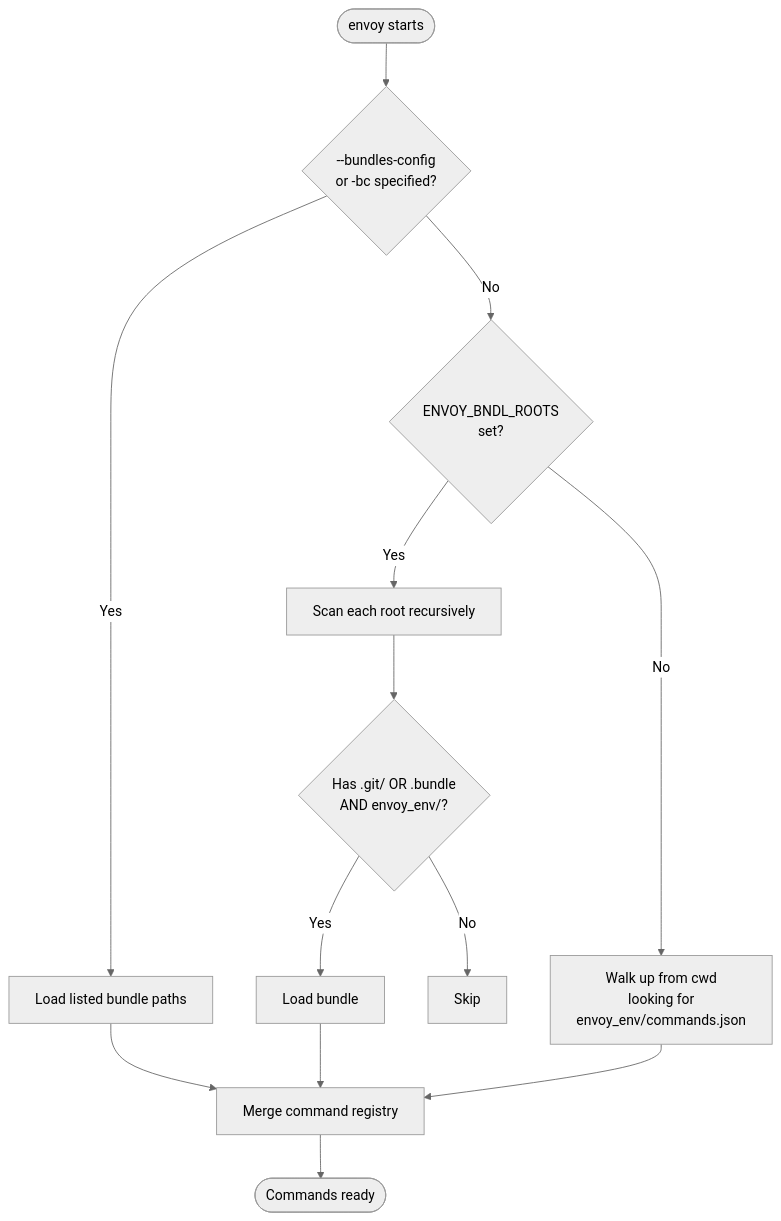
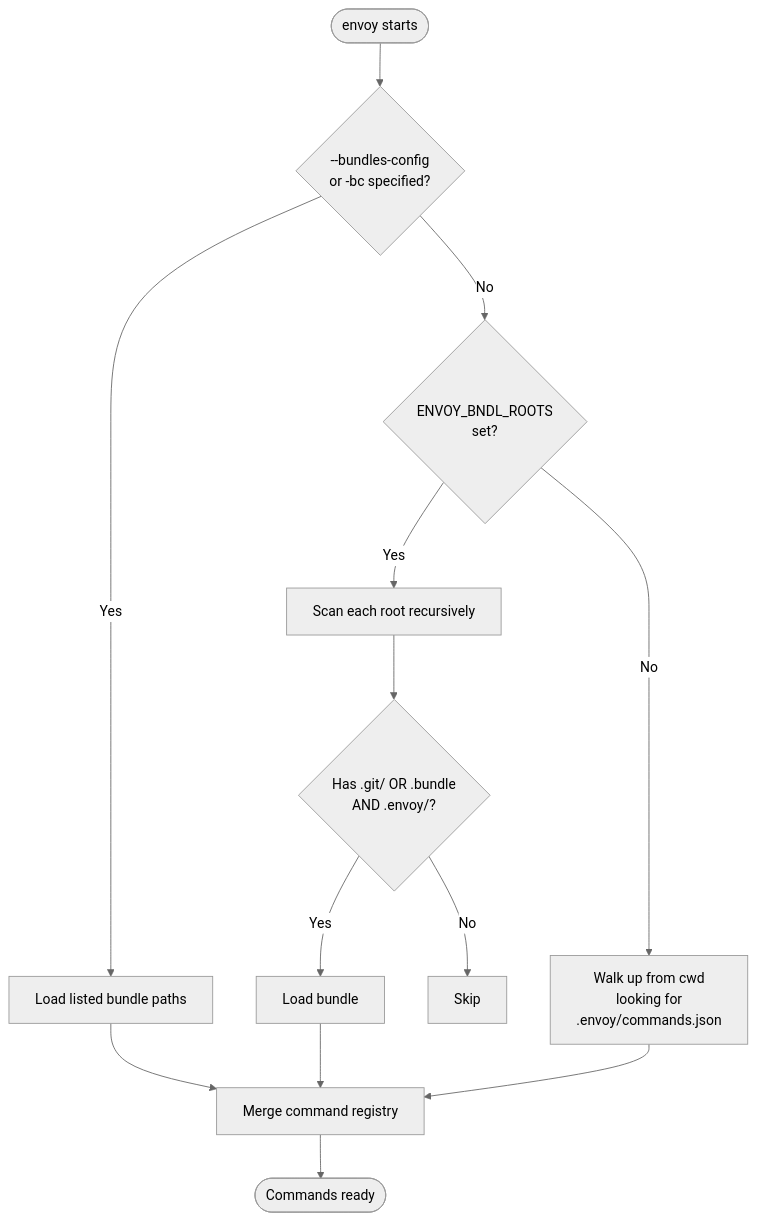
One commit to gtvfx-contrib/gt-envoy changed the first of 3 diagrams in docs/bundle-discovery.md. Above: the diagram before and after it, drawn with Mermaid (neutral theme). The commit also changed other lines of this file and 39 other files, not shown here.

Commit message:
updated envoy_env to .envoy

````diff
--- a/docs/bundle-discovery.md
+++ b/docs/bundle-discovery.md
@@ -14,15 +14,15 @@
 ```mermaid
 flowchart TD
     A([envoy starts]) --> B{--bundles-config\nor -bc specified?}
     B -- Yes --> C[Load listed bundle paths]
     B -- No --> D{ENVOY_BNDL_ROOTS\nset?}
     D -- Yes --> E[Scan each root recursively]
-    E --> F{Has .git/ OR .bundle\nAND envoy_env/?}
+    E --> F{Has .git/ OR .bundle\nAND .envoy/?}
     F -- Yes --> G[Load bundle]
     F -- No --> H[Skip]
-    D -- No --> I[Walk up from cwd\nlooking for\nenvoy_env/commands.json]
+    D -- No --> I[Walk up from cwd\nlooking for\n.envoy/commands.json]
     C --> J[Merge command registry]
     G --> J
     I --> J
     J --> K([Commands ready])
 ```
````
